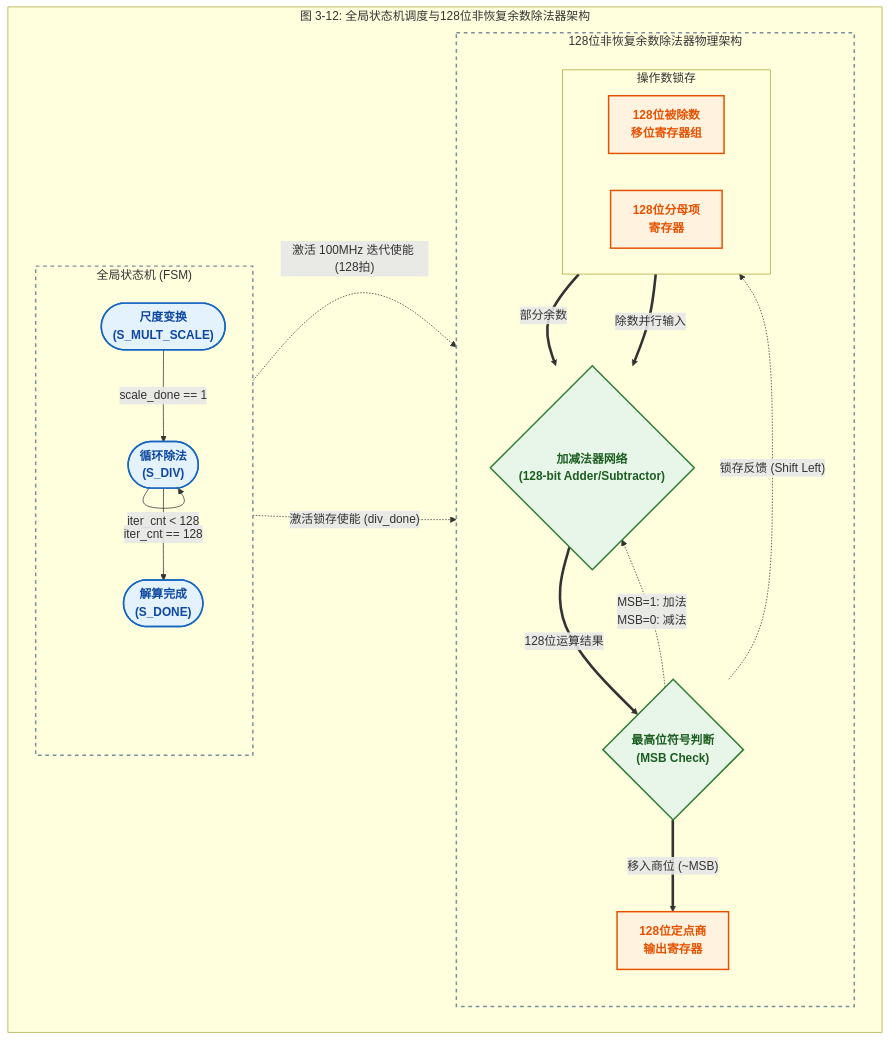
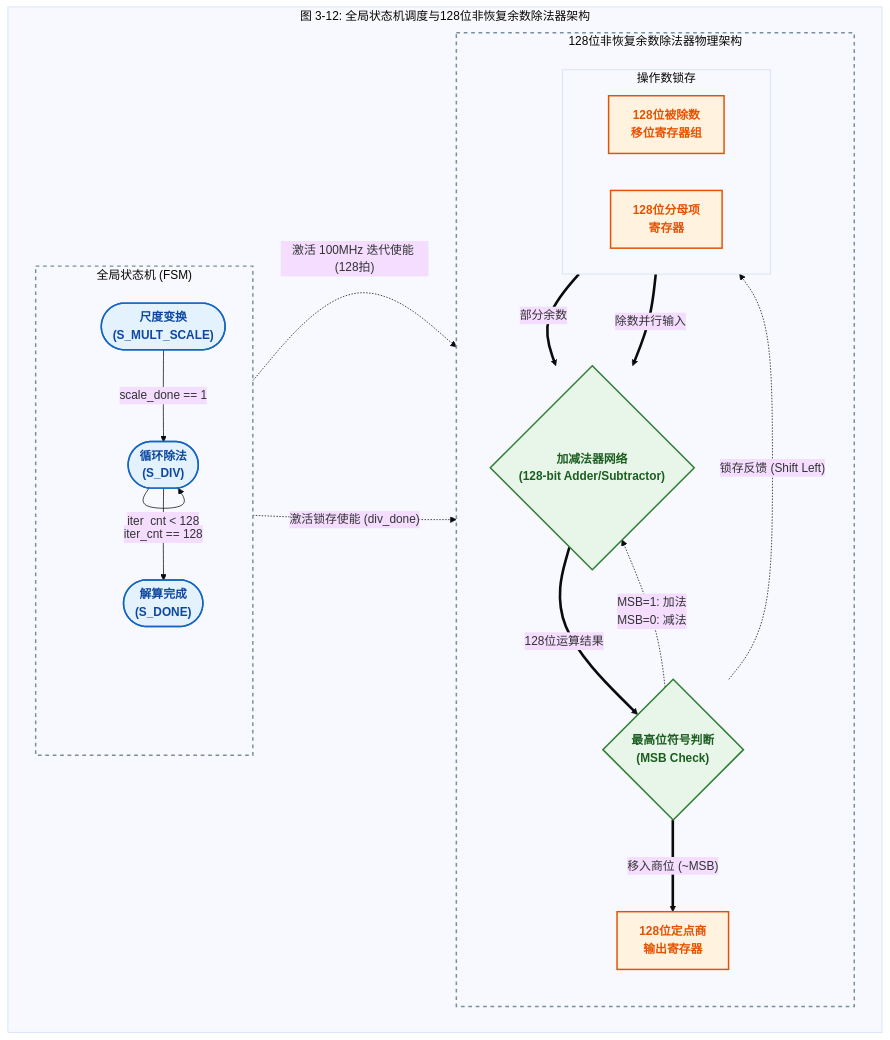
The diagram in README.md (MuscleQuicklyBigger/python), drawn with Mermaid before and after one commit.

````diff
--- a/README.md
+++ b/README.md
@@ -1,66 +1,67 @@
 ```mermaid
+%%{init: {'theme': 'base', 'themeVariables': { 'fontSize': '16px'}, 'flowchart': {'htmlLabels': true, 'useMaxWidth': false}}}%%
 graph TD
     %% ================= 顶刊视觉配色方案 =================
     classDef fsmNode fill:#e3f2fd,stroke:#1565c0,stroke-width:2px,color:#0d47a1,font-weight:bold;
     classDef regNode fill:#fff3e0,stroke:#e65100,stroke-width:2px,color:#e65100,font-weight:bold;
     classDef logicNode fill:#e8f5e9,stroke:#2e7d32,stroke-width:2px,color:#1b5e20,font-weight:bold;
     classDef ctrlEdge color:#1565c0,font-size:12px;
     classDef boundary fill:none,stroke:#78909c,stroke-width:2px,stroke-dasharray: 5 5;
 
     %% ================= 整体布局 =================
     subgraph System_Top ["图 3-12: 全局状态机调度与128位非恢复余数除法器架构"]
         direction LR
 
         %% ---------------- 左侧：FSM ----------------
         subgraph FSM_Domain ["全局状态机 (FSM)"]
             direction TB
             S_SCALE(["尺度变换<br>(S_MULT_SCALE)"]):::fsmNode
             S_DIV(["循环除法<br>(S_DIV)"]):::fsmNode
             S_DONE(["解算完成<br>(S_DONE)"]):::fsmNode
 
             %% FSM 状态跃迁
             S_SCALE -->|"scale_done == 1"| S_DIV
             S_DIV -->|"iter_cnt < 128"| S_DIV
             S_DIV -->|"iter_cnt == 128"| S_DONE
         end
 
         %% 为了强制 FSM 和 RTL 左右排版，使用不可见连接线
         FSM_Domain ~~~ RTL_Domain
 
         %% ---------------- 右侧：RTL 数据通路 ----------------
         subgraph RTL_Domain ["128位非恢复余数除法器物理架构"]
             direction TB
             
             %% 寄存器层
             subgraph Reg_Layer ["操作数锁存"]
                 direction LR
                 DIVIDEND["128位被除数<br>移位寄存器组"]:::regNode
                 DIVISOR["128位分母项<br>寄存器"]:::regNode
             end
 
             %% 组合逻辑层
             ALU{"加减法器网络<br>(128-bit Adder/Subtractor)"}:::logicNode
             
             %% 判决与输出层
             MSB_CHECK{"最高位符号判断<br>(MSB Check)"}:::logicNode
             QUOTIENT["128位定点商<br>输出寄存器"]:::regNode
 
             %% 核心数据流 (粗线)
             DIVIDEND ==>|"部分余数"| ALU
             DIVISOR ==>|"除数并行输入"| ALU
             ALU ==>|"128位运算结果"| MSB_CHECK
             MSB_CHECK ==>|"移入商位 (~MSB)"| QUOTIENT
 
             %% 条件反馈环路 (利用节点顺序避免交叉)
             MSB_CHECK -.->|"锁存反馈 (Shift Left)"| DIVIDEND
             MSB_CHECK -.->|"MSB=1: 加法<br>MSB=0: 减法"| ALU
         end
         
     end
 
     %% ================= 跨域控制信号 =================
     S_DIV -.->|"激活 100MHz 迭代使能 (128拍)"| ALU
     S_DONE -.->|"激活锁存使能 (div_done)"| QUOTIENT
 
     class FSM_Domain,RTL_Domain boundary;
 ```
````
